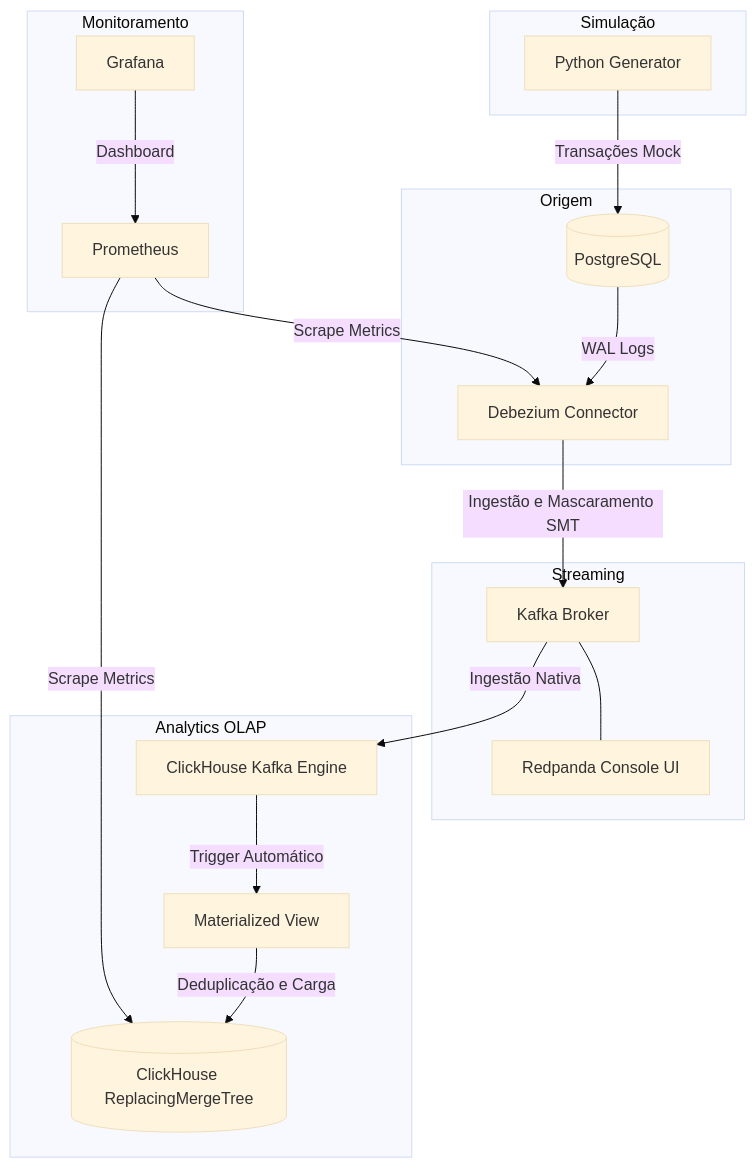
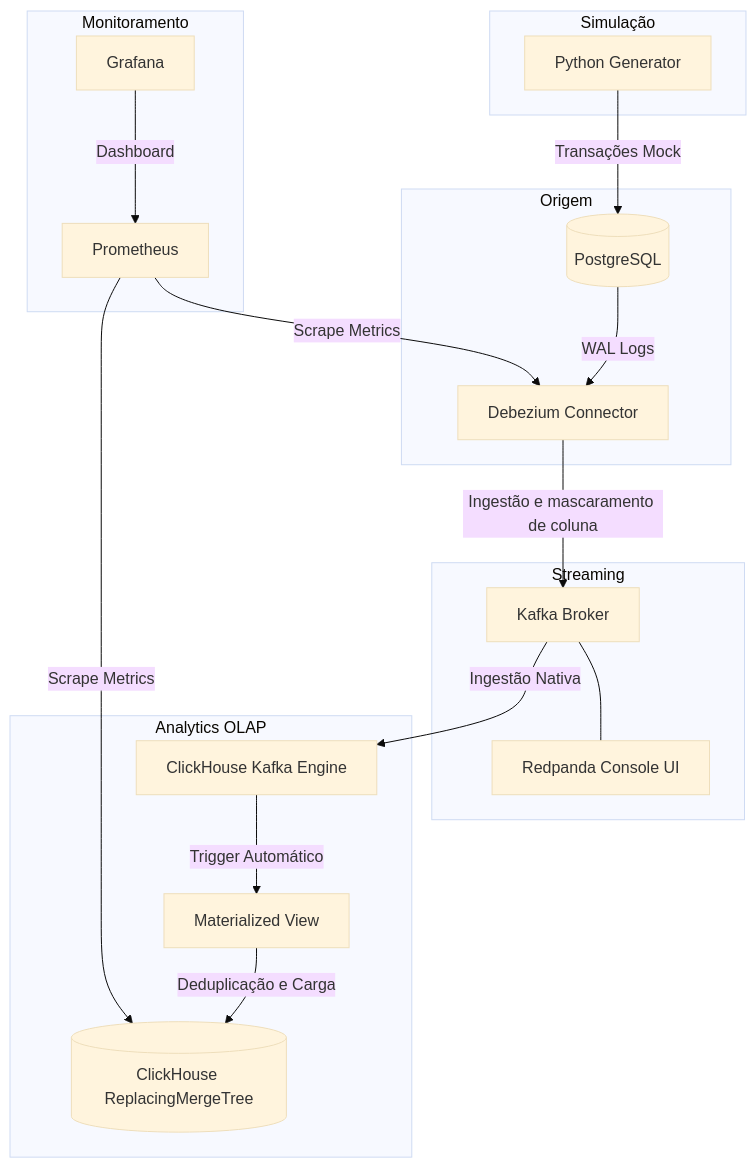
The diagram in README.md (AbnerRidigolo/Change-Data-Capture-CDC-Real-Time-Analytics-Pipeline), drawn with Mermaid (base theme) before and after one commit. The commit also changed other lines of this file and 6 other files, not shown here.

````diff
--- a/README.md
+++ b/README.md
@@ -9,23 +9,23 @@
 ```mermaid
 graph TD
     subgraph Origem
         PG[(PostgreSQL)] -- WAL Logs --> DBZ[Debezium Connector]
     end
     subgraph Streaming
-        DBZ -- Ingestão e Mascaramento SMT --> KFK[Kafka Broker]
+        DBZ -- Ingestão e mascaramento de coluna --> KFK[Kafka Broker]
         KFK --- RC[Redpanda Console UI]
     end
     subgraph Analytics OLAP
         KFK -- Ingestão Nativa --> CH_KFK[ClickHouse Kafka Engine]
         CH_KFK -- Trigger Automático --> CH_MV[Materialized View]
         CH_MV -- Deduplicação e Carga --> CH_DEST[(ClickHouse ReplacingMergeTree)]
     end
     subgraph Monitoramento
         PROM[Prometheus] -- Scrape Metrics --> CH_DEST
         PROM -- Scrape Metrics --> DBZ
         GRAF[Grafana] -- Dashboard --> PROM
     end
     subgraph Simulação
         GEN[Python Generator] -- Transações Mock --> PG
     end
 ```
````
